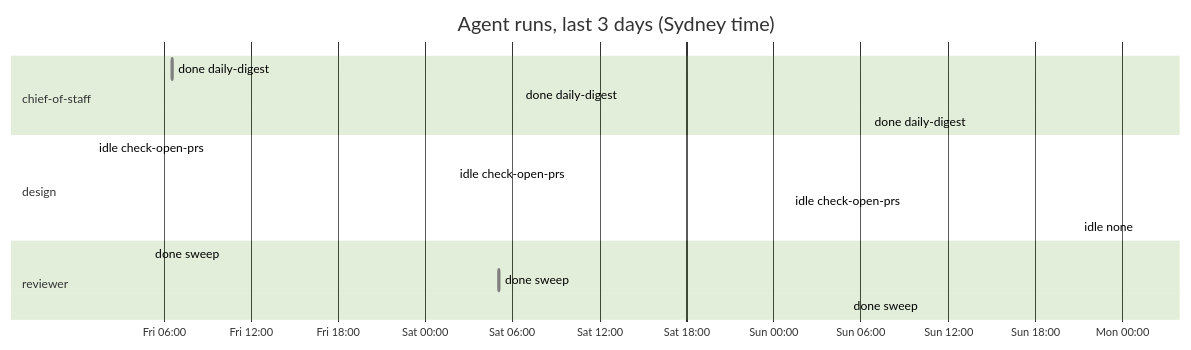
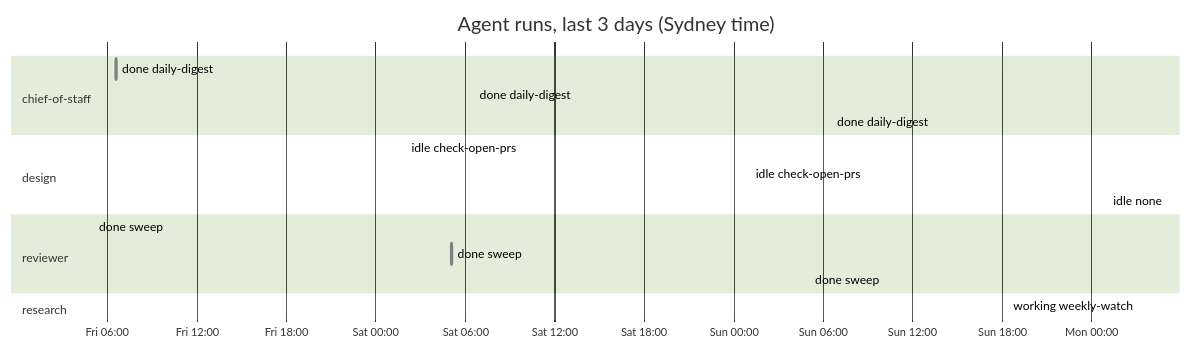
The diagram in dashboard.md (roulmediateam-byte/fifteen-expert-hq), drawn with Mermaid (forest theme) before and after one commit. The commit also changed other lines of this file and 1 other file, not shown here.

````diff
--- a/dashboard.md
+++ b/dashboard.md
@@ -41,19 +41,20 @@
 ```mermaid
 gantt
     title Agent runs, last 3 days (Sydney time)
     dateFormat YYYY-MM-DD HH:mm
     axisFormat %a %H:%M
     section chief-of-staff
     done daily-digest :done, 2026-11-13 06:34, 2026-11-13 06:36
     done daily-digest :done, 2026-11-14 06:35, 2026-11-14 06:36
     done daily-digest :done, 2026-11-15 06:35, 2026-11-15 06:36
     section design
-    idle check-open-prs :done, 2026-11-13 01:11, 2026-11-13 01:11
     idle check-open-prs :done, 2026-11-14 02:01, 2026-11-14 02:02
     idle check-open-prs :done, 2026-11-15 01:08, 2026-11-15 01:09
     idle none :done, 2026-11-16 01:08, 2026-11-16 01:08
     section reviewer
     done sweep :done, 2026-11-13 05:05, 2026-11-13 05:05
     done sweep :done, 2026-11-14 05:05, 2026-11-14 05:06
     done sweep :done, 2026-11-15 05:07, 2026-11-15 05:08
+    section research
+    working weekly-watch :active, 2026-11-16 03:10, 2026-11-16 03:10
 ```
````
